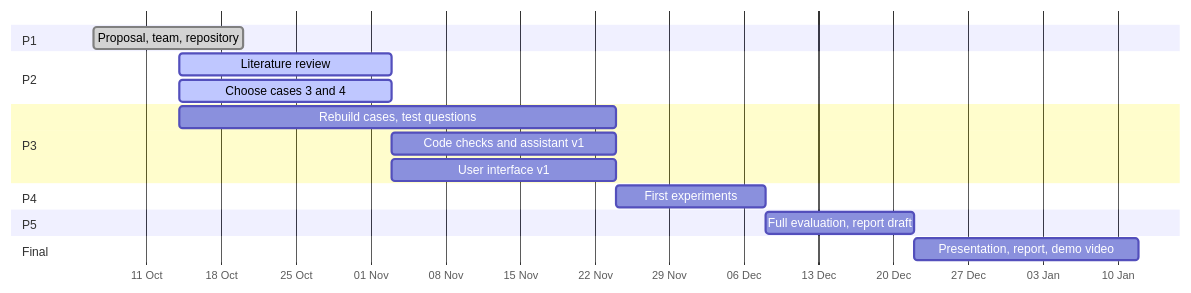
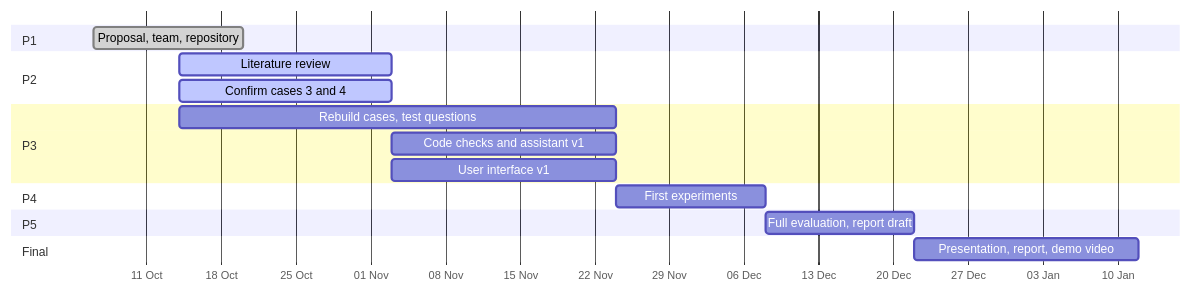
Before and after one commit to bodhi584/aoi-decision-gate: the diagram in PROGRESS.md, drawn with Mermaid. The commit also changed other lines of this file and 2 other files, not shown here.

Commit message:
Cases 3 and 4: candidates with sources; reserve case

````diff
--- a/PROGRESS.md
+++ b/PROGRESS.md
@@ -18,20 +18,20 @@
 ```mermaid
 gantt
     dateFormat YYYY-MM-DD
     axisFormat %d %b
     section P1
     Proposal, team, repository           :done,   p1, 2026-10-06, 2026-10-20
     section P2
     Literature review                    :active, l1, 2026-10-14, 2026-11-03
-    Choose cases 3 and 4                 :active, c1, 2026-10-14, 2026-11-03
+    Confirm cases 3 and 4                :active, c1, 2026-10-14, 2026-11-03
     section P3
     Rebuild cases, test questions        :        c2, 2026-10-14, 2026-11-24
     Code checks and assistant v1         :        s1, 2026-11-03, 2026-11-24
     User interface v1                    :        u1, 2026-11-03, 2026-11-24
     section P4
     First experiments                    :        e1, 2026-11-24, 2026-12-08
     section P5
     Full evaluation, report draft        :        e2, 2026-12-08, 2026-12-22
     section Final
     Presentation, report, demo video     :        f1, 2026-12-22, 2027-01-12
 ```
````
